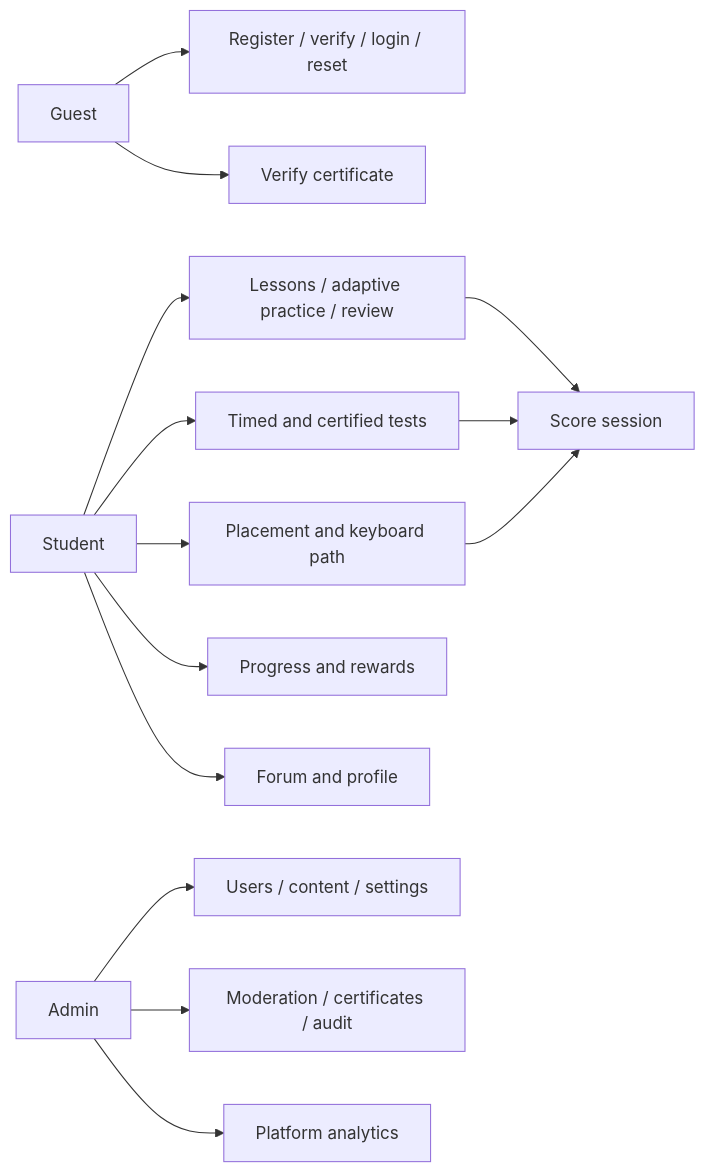
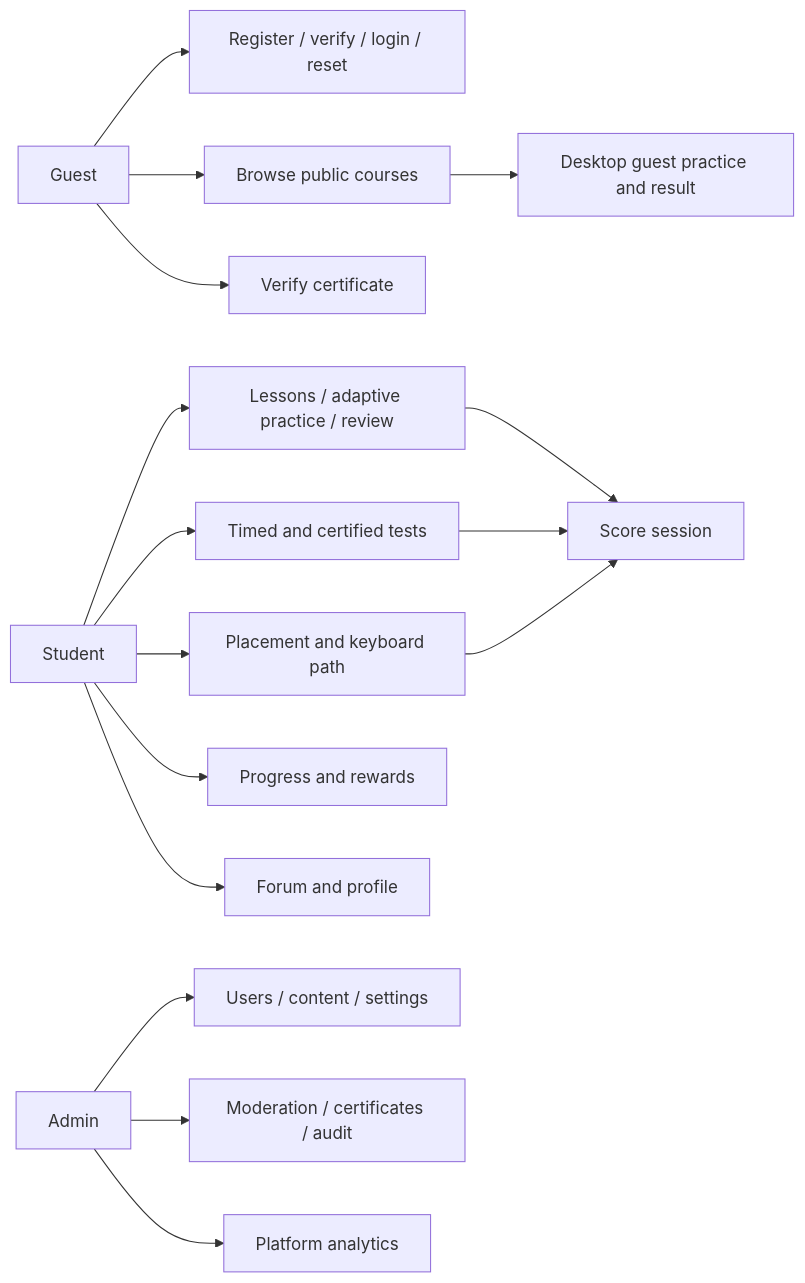
The second of 3 diagrams in docs/srs.md (shahd-w21/adaptive-typing-platform), drawn with Mermaid before and after one commit. The commit also changed other lines of this file and 9 other files, not shown here.

Commit message:
chore: update documentation for guest practice integration and design handoff details

````diff
--- a/docs/srs.md
+++ b/docs/srs.md
@@ -409,16 +411,18 @@
 ```mermaid
 flowchart LR
     Guest --> Accounts[Register / verify / login / reset]
+    Guest --> Browse[Browse public courses]
+    Browse --> Try[Desktop guest practice and result]
     Guest --> Verify[Verify certificate]
     Student --> Placement[Placement and keyboard path]
     Student --> Learn[Lessons / adaptive practice / review]
     Student --> Tests[Timed and certified tests]
     Student --> Progress[Progress and rewards]
     Student --> Forum[Forum and profile]
     Learn --> Score[Score session]
     Tests --> Score
     Placement --> Score
     Admin --> Manage[Users / content / settings]
     Admin --> Moderate[Moderation / certificates / audit]
     Admin --> Analytics[Platform analytics]
 ```
````
